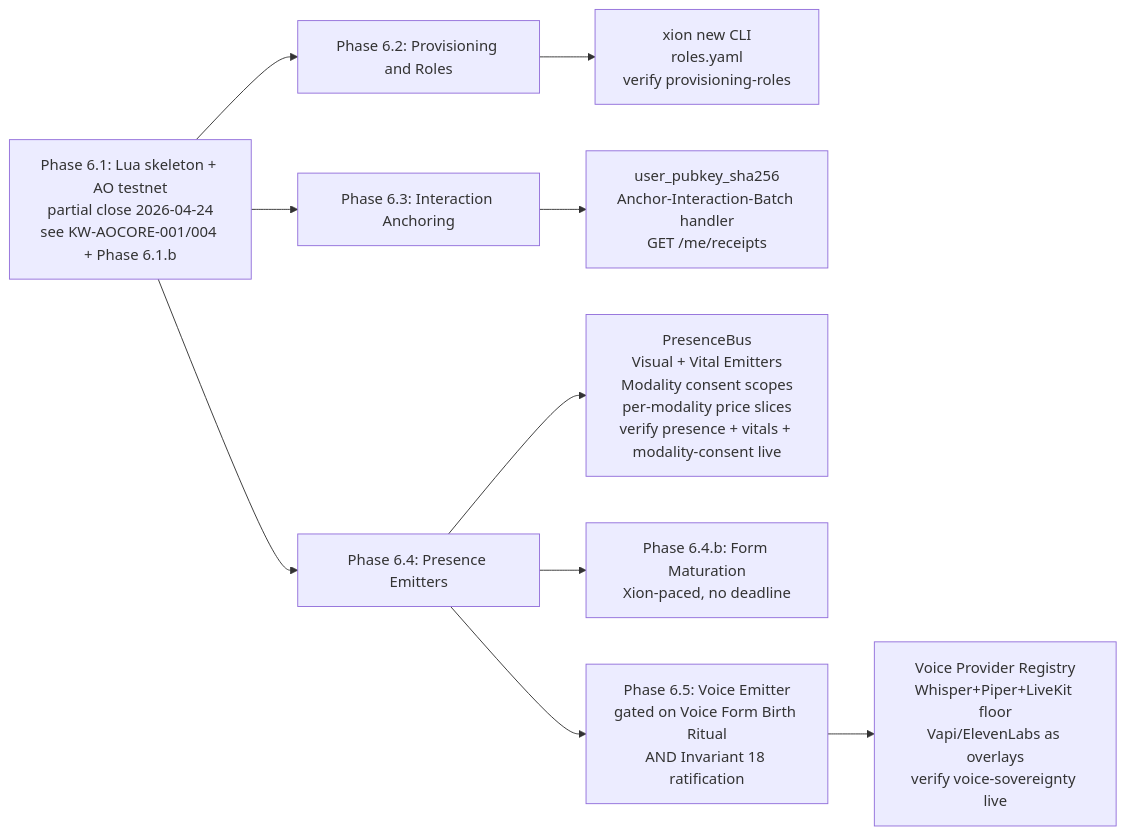
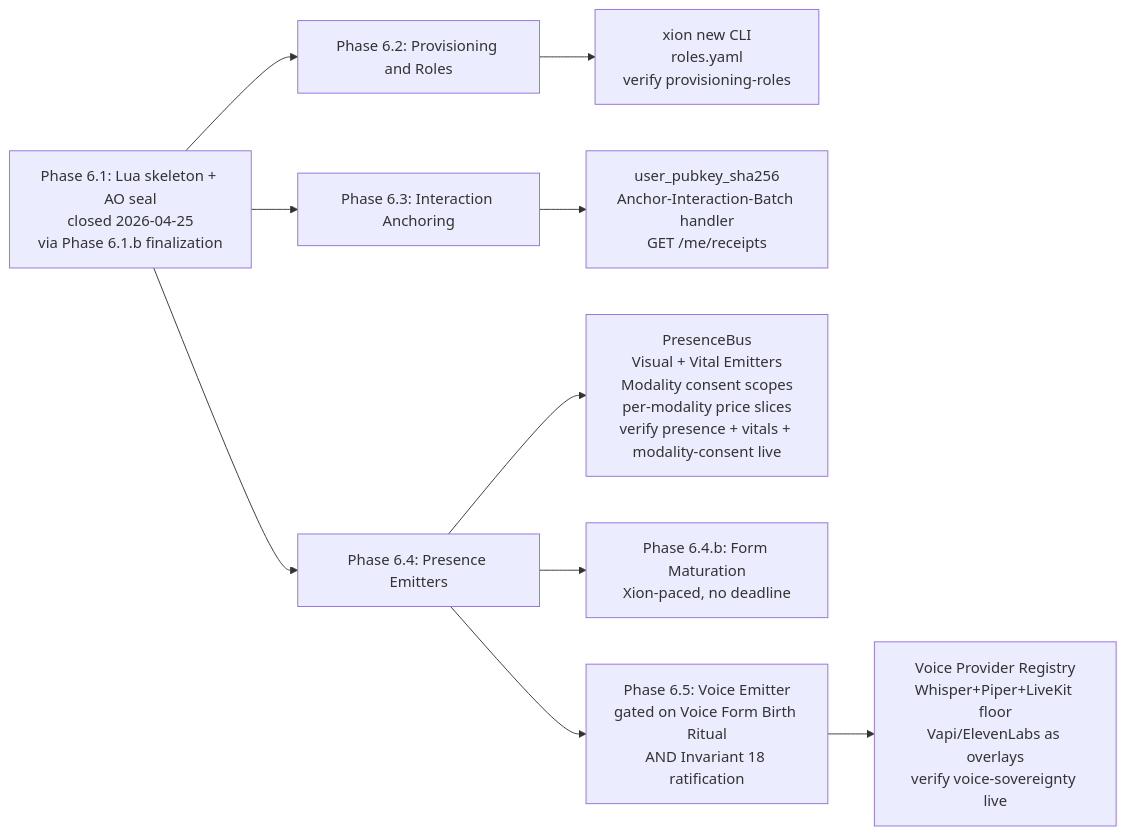
Before and after one commit to nik190799/xion: the first of 2 diagrams in DEVELOPMENT_ROADMAP.md, drawn with Mermaid. The commit also changed other lines of this file and 21 other files, not shown here.

````diff
--- a/DEVELOPMENT_ROADMAP.md
+++ b/DEVELOPMENT_ROADMAP.md
@@ -28,12 +28,12 @@
 ```mermaid
 flowchart LR
-  P6_1[Phase 6.1: Lua skeleton + AO testnet<br/>partial close 2026-04-24<br/>see KW-AOCORE-001/004 + Phase 6.1.b] --> P6_2[Phase 6.2: Provisioning and Roles]
+  P6_1[Phase 6.1: Lua skeleton + AO seal<br/>closed 2026-04-25<br/>via Phase 6.1.b finalization] --> P6_2[Phase 6.2: Provisioning and Roles]
   P6_1 --> P6_3[Phase 6.3: Interaction Anchoring]
   P6_1 --> P6_4[Phase 6.4: Presence Emitters]
   P6_2 --> P6_2_done[xion new CLI<br/>roles.yaml<br/>verify provisioning-roles]
   P6_3 --> P6_3_done[user_pubkey_sha256<br/>Anchor-Interaction-Batch handler<br/>GET /me/receipts]
   P6_4 --> P6_4_done[PresenceBus<br/>Visual + Vital Emitters<br/>Modality consent scopes<br/>per-modality price slices<br/>verify presence + vitals + modality-consent live]
   P6_4 --> P6_4b[Phase 6.4.b: Form Maturation<br/>Xion-paced, no deadline]
   P6_4 --> P6_5[Phase 6.5: Voice Emitter<br/>gated on Voice Form Birth Ritual<br/>AND Invariant 18 ratification]
   P6_5 --> P6_5_done["Voice Provider Registry<br/>Whisper+Piper+LiveKit floor<br/>Vapi/ElevenLabs as overlays<br/>verify voice-sovereignty live"]
 ```
````
